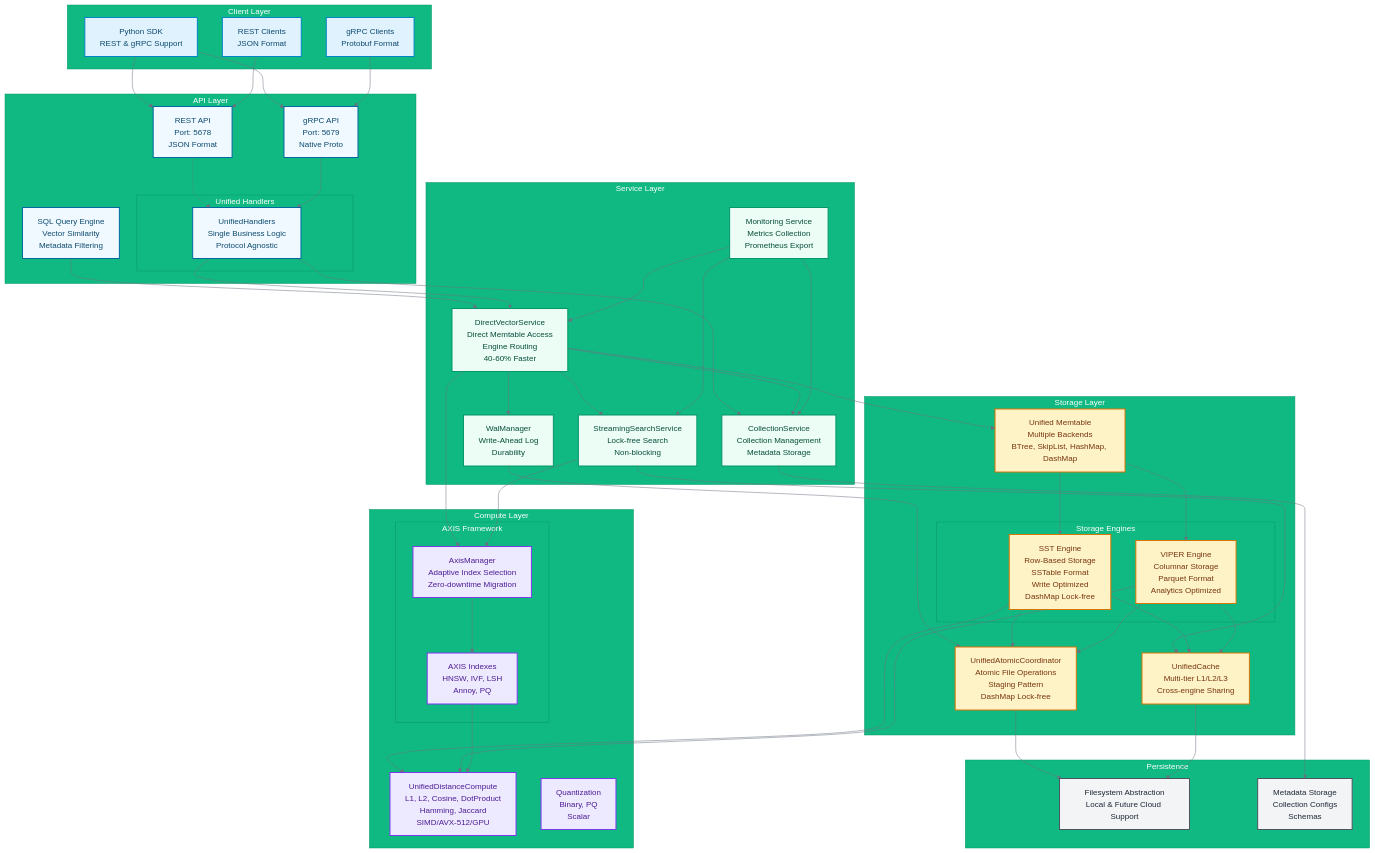
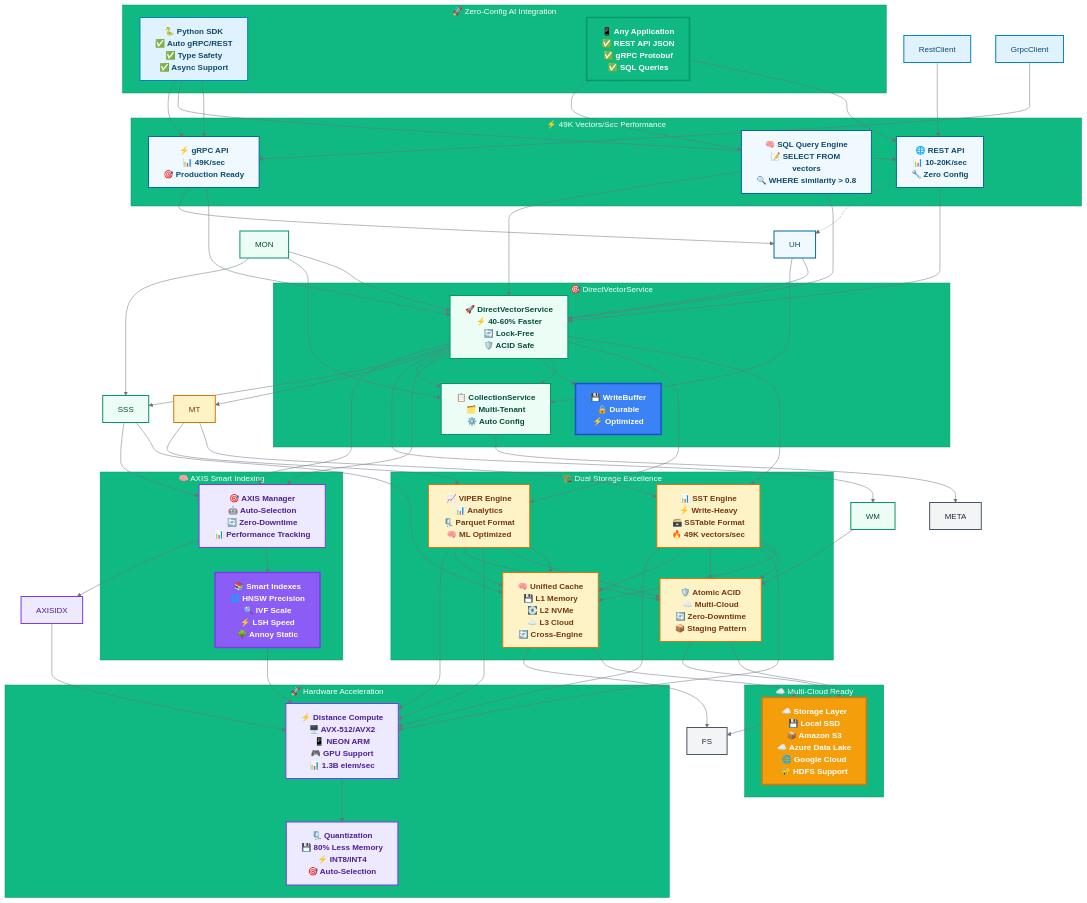
Before and after one commit to vjsingh1984/proximaDB: the diagram in docs/diagrams/proximadb-actual-architecture.mmd, drawn with Mermaid. The commit also changed 46 other files, not shown here.

```diff
--- a/docs/diagrams/proximadb-actual-architecture.mmd
+++ b/docs/diagrams/proximadb-actual-architecture.mmd
@@ -1,115 +1,142 @@
 %%{init: {'theme':'base', 'themeVariables': { 'primaryColor':'#1f2937', 'primaryTextColor':'#fff', 'primaryBorderColor':'#374151', 'lineColor':'#6b7280', 'secondaryColor':'#3b82f6', 'tertiaryColor':'#10b981', 'tertiaryTextColor':'#fff', 'tertiaryBorderColor':'#059669', 'background':'#ffffff', 'mainBkg':'#f3f4f6', 'secondBkg':'#e5e7eb', 'tertiaryBkg':'#d1d5db'}}}%%
 
 graph TB
-    subgraph "Client Layer"
-        Python[Python SDK<br/>REST & gRPC Support]
-        RestClient[REST Clients<br/>JSON Format]
-        GrpcClient[gRPC Clients<br/>Protobuf Format]
+    subgraph "🚀 Zero-Config AI Integration"
+        Python["🐍 Python SDK<br/>✅ Auto gRPC/REST<br/>✅ Type Safety<br/>✅ Async Support"]
+        Apps["📱 Any Application<br/>✅ REST API JSON<br/>✅ gRPC Protobuf<br/>✅ SQL Queries"]
     end
 
-    subgraph "API Layer"
-        RestAPI[REST API<br/>Port: 5678<br/>JSON Format]
-        GrpcAPI[gRPC API<br/>Port: 5679<br/>Native Proto]
-        SQL[SQL Query Engine<br/>Vector Similarity<br/>Metadata Filtering]
-        
-        subgraph "Unified Handlers"
-            UH[UnifiedHandlers<br/>Single Business Logic<br/>Protocol Agnostic]
-        end
+    subgraph "⚡ 49K Vectors/Sec Performance"
+        RestAPI["🌐 REST API<br/>📊 10-20K/sec<br/>🔧 Zero Config"]
+        GrpcAPI["⚡ gRPC API<br/>📊 49K/sec<br/>🎯 Production Ready"]
+        SQL["🧠 SQL Query Engine<br/>📝 SELECT FROM vectors<br/>🔍 WHERE similarity > 0.8"]
     end
 
-    subgraph "Service Layer"
-        DVS[DirectVectorService<br/>Direct Memtable Access<br/>Engine Routing<br/>40-60% Faster]
-        CS[CollectionService<br/>Collection Management<br/>Metadata Storage]
-        WM[WalManager<br/>Write-Ahead Log<br/>Durability]
-        SSS[StreamingSearchService<br/>Lock-free Search<br/>Non-blocking]
-        MON[Monitoring Service<br/>Metrics Collection<br/>Prometheus Export]
+    subgraph "🎯 DirectVectorService"
+        DVS["🚀 DirectVectorService<br/>⚡ 40-60% Faster<br/>🔄 Lock-Free<br/>🛡️ ACID Safe"]
+        CS["📋 CollectionService<br/>🗂️ Multi-Tenant<br/>⚙️ Auto Config"]
+        WB["💾 WriteBuffer<br/>🔒 Durable<br/>⚡ Optimized"]
     end
 
-    subgraph "Storage Layer"
-        subgraph "Storage Engines"
-            SST[SST Engine<br/>Row-Based Storage<br/>SSTable Format<br/>Write Optimized<br/>DashMap Lock-free]
-            VIPER[VIPER Engine<br/>Columnar Storage<br/>Parquet Format<br/>Analytics Optimized]
-        end
+    subgraph "🏗️ Dual Storage Excellence"
+        SST["📊 SST Engine<br/>⚡ Write-Heavy<br/>🗃️ SSTable Format<br/>🔥 49K vectors/sec"]
+        VIPER["📈 VIPER Engine<br/>📊 Analytics<br/>🗜️ Parquet Format<br/>🧠 ML Optimized"]
         
-        MT[Unified Memtable<br/>Multiple Backends<br/>BTree, SkipList, HashMap, DashMap]
-        
-        UAC[UnifiedAtomicCoordinator<br/>Atomic File Operations<br/>Staging Pattern<br/>DashMap Lock-free]
-        
-        UC[UnifiedCache<br/>Multi-tier L1/L2/L3<br/>Cross-engine Sharing]
+        UC["🧠 Unified Cache<br/>💾 L1 Memory<br/>💽 L2 NVMe<br/>☁️ L3 Cloud<br/>🔄 Cross-Engine"]
+        UAC["🛡️ Atomic ACID<br/>☁️ Multi-Cloud<br/>🔄 Zero-Downtime<br/>📦 Staging Pattern"]
     end
 
-    subgraph "Compute Layer"
-        DC[UnifiedDistanceCompute<br/>L1, L2, Cosine, DotProduct<br/>Hamming, Jaccard<br/>SIMD/AVX-512/GPU]
-        
-        subgraph "AXIS Framework"
-            AXIS[AxisManager<br/>Adaptive Index Selection<br/>Zero-downtime Migration]
-            AXISIDX[AXIS Indexes<br/>HNSW, IVF, LSH<br/>Annoy, PQ]
-        end
-        
-        QE[Quantization<br/>Binary, PQ<br/>Scalar]
+    subgraph "🧠 AXIS Smart Indexing"
+        AXIS["🎯 AXIS Manager<br/>🤖 Auto-Selection<br/>🔄 Zero-Downtime<br/>📊 Performance Tracking"]
+        INDEXES["📚 Smart Indexes<br/>🌐 HNSW Precision<br/>🔍 IVF Scale<br/>⚡ LSH Speed<br/>🌳 Annoy Static"]
     end
 
-    subgraph "Persistence"
-        FS[Filesystem Abstraction<br/>Local & Future Cloud Support]
-        META[Metadata Storage<br/>Collection Configs<br/>Schemas]
+    subgraph "🚀 Hardware Acceleration"
+        DC["⚡ Distance Compute<br/>🖥️ AVX-512/AVX2<br/>📱 NEON ARM<br/>🎮 GPU Support<br/>📊 1.3B elem/sec"]
+        QE["🗜️ Quantization<br/>💾 80% Less Memory<br/>⚡ INT8/INT4<br/>🎯 Auto-Selection"]
     end
+
+    subgraph "☁️ Multi-Cloud Ready"
+        CLOUD["☁️ Storage Layer<br/>💾 Local SSD<br/>📦 Amazon S3<br/>☁️ Azure Data Lake<br/>🌐 Google Cloud<br/>🔐 HDFS Support"]
+    end
+
+    %% Performance Flow
+    Python --> GrpcAPI
+    Apps --> RestAPI
+    Apps --> SQL
+    
+    RestAPI --> DVS
+    GrpcAPI --> DVS
+    SQL --> DVS
+    
+    DVS --> SST
+    DVS --> VIPER
+    DVS --> CS
+    DVS --> WB
+    
+    SST --> UC
+    VIPER --> UC
+    SST --> UAC
+    VIPER --> UAC
+    
+    DVS --> AXIS
+    AXIS --> INDEXES
+    INDEXES --> DC
+    
+    UC --> CLOUD
+    UAC --> CLOUD
+    
+    SST --> DC
+    VIPER --> DC
+    DC --> QE
+
+    %% Marketing styling
+    classDef marketing fill:#10b981,stroke:#059669,color:#fff,stroke-width:3px,font-weight:bold
+    classDef performance fill:#3b82f6,stroke:#1d4ed8,color:#fff,stroke-width:3px,font-weight:bold  
+    classDef smart fill:#8b5cf6,stroke:#7c3aed,color:#fff,stroke-width:3px,font-weight:bold
+    classDef enterprise fill:#f59e0b,stroke:#d97706,color:#fff,stroke-width:3px,font-weight:bold
+
+    class Python,Apps marketing
+    class RestAPI,GrpcAPI,SQL,DVS,CS,WB performance
+    class SST,VIPER,UC,UAC,AXIS,INDEXES smart
+    class DC,QE,CLOUD enterprise
 
     %% Client connections
     Python --> RestAPI
     Python --> GrpcAPI
     RestClient --> RestAPI
     GrpcClient --> GrpcAPI
 
     %% API to Handlers
     RestAPI -.-> UH
     GrpcAPI --> UH
     SQL --> DVS
 
     %% Handlers to Services
     UH --> DVS
     UH --> CS
 
     %% Service interactions
     DVS --> CS
     DVS --> WM
     DVS --> MT
     DVS --> SSS
     SSS --> UC
     CS --> META
     MON --> DVS
     MON --> CS
     MON --> SSS
 
     %% Storage connections
     WM --> UAC
     MT --> SST
     MT --> VIPER
     SST --> UAC
     VIPER --> UAC
     UAC --> FS
     SST --> UC
     VIPER --> UC
     UC --> FS
 
     %% Compute connections
     SST --> DC
     VIPER --> DC
     DVS --> AXIS
     AXIS --> AXISIDX
     AXISIDX --> DC
     SSS --> AXIS
 
     %% Styling
     classDef client fill:#e0f2fe,stroke:#0284c7,color:#0c4a6e,stroke-width:2px
     classDef api fill:#f0f9ff,stroke:#0369a1,color:#0c4a6e,stroke-width:2px
     classDef service fill:#ecfdf5,stroke:#059669,color:#064e3b,stroke-width:2px
     classDef storage fill:#fef3c7,stroke:#d97706,color:#78350f,stroke-width:2px
     classDef compute fill:#ede9fe,stroke:#7c3aed,color:#4c1d95,stroke-width:2px
     classDef persist fill:#f3f4f6,stroke:#4b5563,color:#1f2937,stroke-width:2px
 
     class Python,RestClient,GrpcClient client
     class RestAPI,GrpcAPI,UH,SQL api
     class DVS,CS,WM,SSS,MON service
     class SST,VIPER,MT,UAC,UC storage
     class DC,AXIS,AXISIDX,QE compute
     class FS,META persist
```
